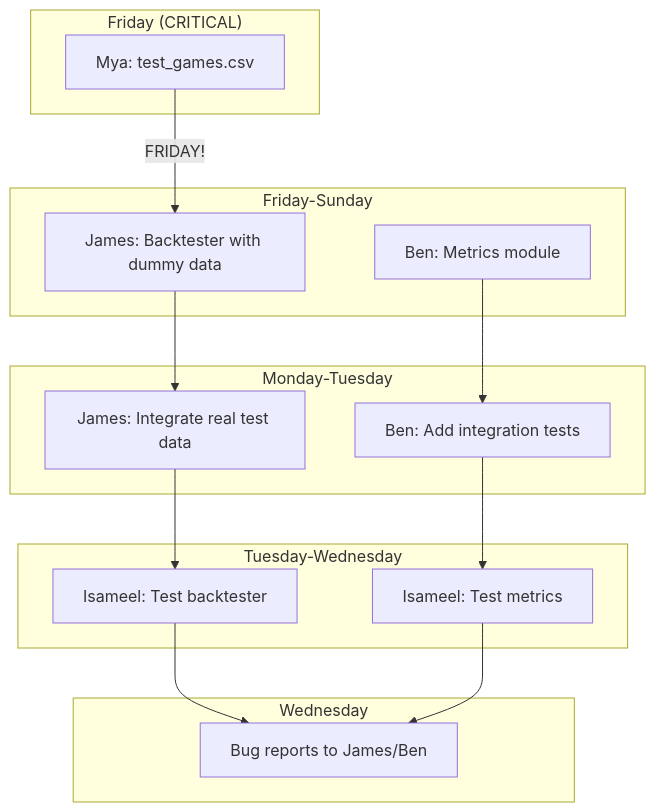
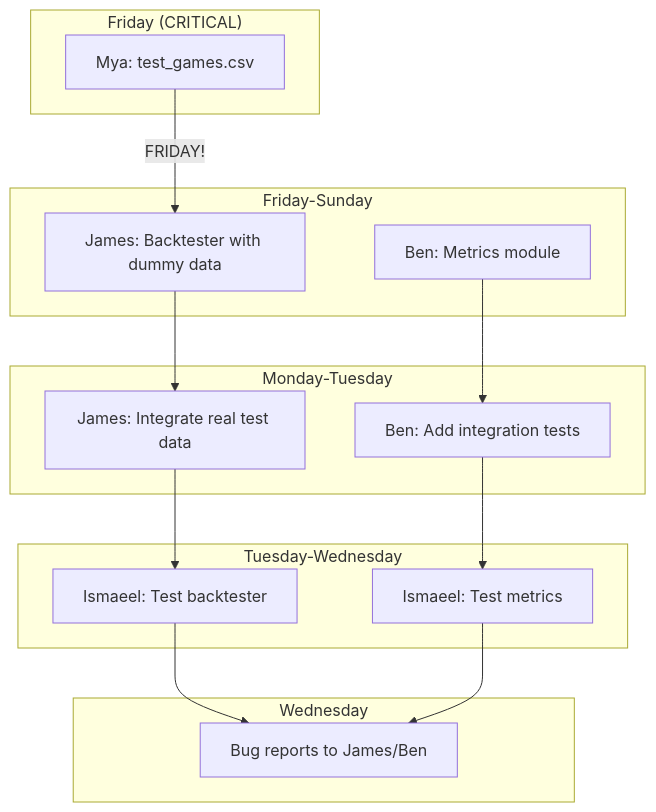
One commit to TanishqK27/CUIC_Sem2_Project changed the fourth of 5 diagrams in team/CURRENT_WEEK.md. Above: the diagram before and after it, drawn with Mermaid. The commit also changed other lines of this file and 20 other files, not shown here.

First line of the commit message:
fix: correct spelling Isameel → Ismaeel

````diff
--- a/team/CURRENT_WEEK.md
+++ b/team/CURRENT_WEEK.md
@@ -150,33 +150,33 @@
 ```mermaid
 flowchart TB
     subgraph "Friday (CRITICAL)"
         MYA[Mya: test_games.csv]
     end
 
     subgraph Friday-Sunday
         JAM1[James: Backtester with dummy data]
         BEN1[Ben: Metrics module]
     end
 
     subgraph Monday-Tuesday
         JAM2[James: Integrate real test data]
         BEN2[Ben: Add integration tests]
     end
 
     subgraph Tuesday-Wednesday
-        ISA1[Isameel: Test backtester]
-        ISA2[Isameel: Test metrics]
+        ISA1[Ismaeel: Test backtester]
+        ISA2[Ismaeel: Test metrics]
     end
 
     subgraph Wednesday
         BUGS[Bug reports to James/Ben]
     end
 
     MYA -->|"FRIDAY!"| JAM1
     JAM1 --> JAM2
     BEN1 --> BEN2
     JAM2 --> ISA1
     BEN2 --> ISA2
     ISA1 --> BUGS
     ISA2 --> BUGS
 ```
````
